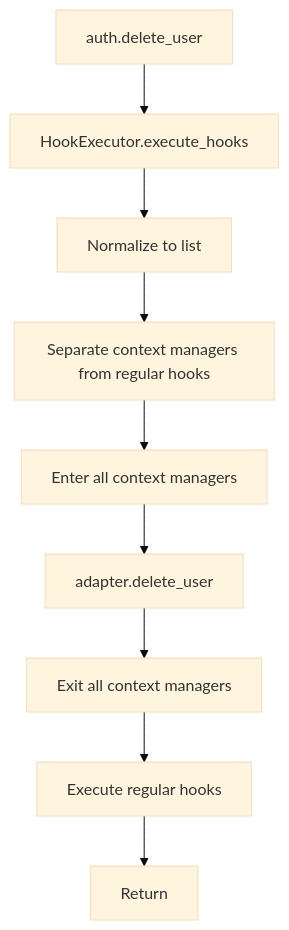
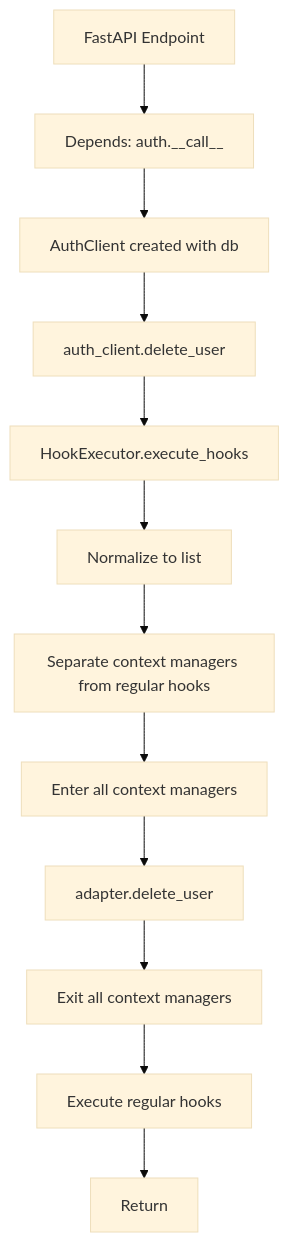
The third of 5 diagrams in design/003-hooks-system.md (mplemay/belgie), drawn with Mermaid (base theme) before and after one commit. The commit also changed other lines of this file and 5 other files, not shown here.

First line of the commit message:
feat: add authclient pattern with delete_user support

````diff
--- a/design/003-hooks-system.md
+++ b/design/003-hooks-system.md
@@ -179,11 +194,14 @@
 ```mermaid
 graph TD
-    A[auth.delete_user] --> B[HookExecutor.execute_hooks]
-    B --> C[Normalize to list]
-    C --> D[Separate context managers from regular hooks]
-    D --> E[Enter all context managers]
-    E --> F[adapter.delete_user]
-    F --> G[Exit all context managers]
-    G --> H[Execute regular hooks]
-    H --> I[Return]
+    A[FastAPI Endpoint] --> B[Depends: auth.__call__]
+    B --> C[AuthClient created with db]
+    C --> D[auth_client.delete_user]
+    D --> E[HookExecutor.execute_hooks]
+    E --> F[Normalize to list]
+    F --> G[Separate context managers from regular hooks]
+    G --> H[Enter all context managers]
+    H --> I[adapter.delete_user]
+    I --> J[Exit all context managers]
+    J --> K[Execute regular hooks]
+    K --> L[Return]
 ```
````
